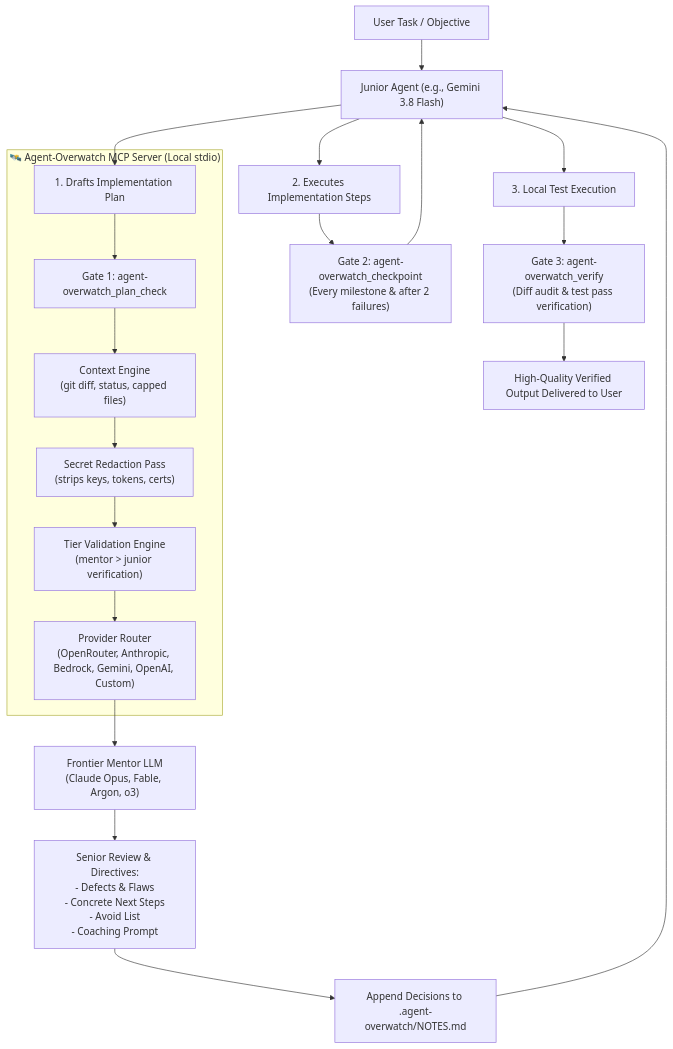
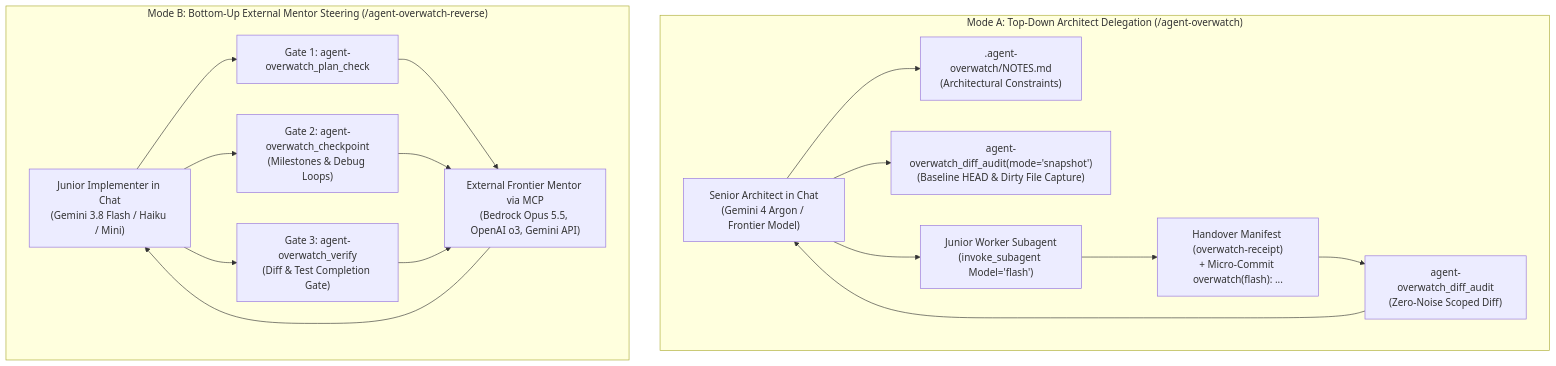
The diagram in README.md (faisalforreal/agent-overwatch), drawn with Mermaid before and after one commit. The commit also changed other lines of this file, not shown here.

Commit message:
docs: overhaul README with dual-mode architecture, scoped diffs, and MCP tool reference

````diff
--- a/README.md
+++ b/README.md
@@ -23,26 +29,34 @@
 ```mermaid
 flowchart TD
-    User["User Task / Objective"] --> Junior["Junior Agent (e.g., Gemini 3.8 Flash)"]
-    Junior --> Plan["1. Drafts Implementation Plan"]
-    
-    subgraph OverwatchCore["🛰️ Agent-Overwatch MCP Server (Local stdio)"]
-        Plan --> CheckPlan["Gate 1: agent-overwatch_plan_check"]
-        CheckPlan --> ContextGather["Context Engine\n(git diff, status, capped files)"]
-        ContextGather --> Redact["Secret Redaction Pass\n(strips keys, tokens, certs)"]
-        Redact --> TierEngine["Tier Validation Engine\n(mentor > junior verification)"]
-        TierEngine --> ProviderRouter["Provider Router\n(OpenRouter, Anthropic, Bedrock, Gemini, OpenAI, Custom)"]
+    subgraph ModeA["Mode A: Top-Down Architect Delegation (/agent-overwatch)"]
+        ChatArgon["Senior Architect in Chat\n(Gemini 4 Argon / Frontier Model)"]
+        NotesA[".agent-overwatch/NOTES.md\n(Architectural Constraints)"]
+        Snapshot["agent-overwatch_diff_audit(mode='snapshot')\n(Baseline HEAD & Dirty File Capture)"]
+        SubagentFlash["Junior Worker Subagent\n(invoke_subagent Model='flash')"]
+        Receipt["Handover Manifest (overwatch-receipt)\n+ Micro-Commit overwatch(flash): ..."]
+        DiffAudit["agent-overwatch_diff_audit\n(Zero-Noise Scoped Diff)"]
+        
+        ChatArgon --> NotesA
+        ChatArgon --> Snapshot
+        ChatArgon --> SubagentFlash
+        SubagentFlash --> Receipt
+        Receipt --> DiffAudit
+        DiffAudit --> ChatArgon
     end
-    
-    ProviderRouter --> Mentor["Frontier Mentor LLM\n(Claude Opus, Fable, Argon, o3)"]
-    Mentor --> Critique["Senior Review & Directives:\n- Defects & Flaws\n- Concrete Next Steps\n- Avoid List\n- Coaching Prompt"]
-    Critique --> SaveNotes["Append Decisions to .agent-overwatch/NOTES.md"]
-    SaveNotes --> Junior
-    
-    Junior --> Implement["2. Executes Implementation Steps"]
-    Implement --> MilestoneCheck["Gate 2: agent-overwatch_checkpoint\n(Every milestone & after 2 failures)"]
-    MilestoneCheck --> Junior
-    
-    Junior --> Tests["3. Local Test Execution"]
-    Tests --> VerifyGate["Gate 3: agent-overwatch_verify\n(Diff audit & test pass verification)"]
-    VerifyGate --> Finished["High-Quality Verified Output Delivered to User"]
+
+    subgraph ModeB["Mode B: Bottom-Up External Mentor Steering (/agent-overwatch-reverse)"]
+        JuniorChat["Junior Implementer in Chat\n(Gemini 3.8 Flash / Haiku / Mini)"]
+        PlanCheck["Gate 1: agent-overwatch_plan_check"]
+        MentorAPI["External Frontier Mentor via MCP\n(Bedrock Opus 5.5, OpenAI o3, Gemini API)"]
+        Checkpoint["Gate 2: agent-overwatch_checkpoint\n(Milestones & Debug Loops)"]
+        Verify["Gate 3: agent-overwatch_verify\n(Diff & Test Completion Gate)"]
+
+        JuniorChat --> PlanCheck
+        PlanCheck --> MentorAPI
+        MentorAPI --> JuniorChat
+        JuniorChat --> Checkpoint
+        Checkpoint --> MentorAPI
+        JuniorChat --> Verify
+        Verify --> MentorAPI
+    end
 ```
````
